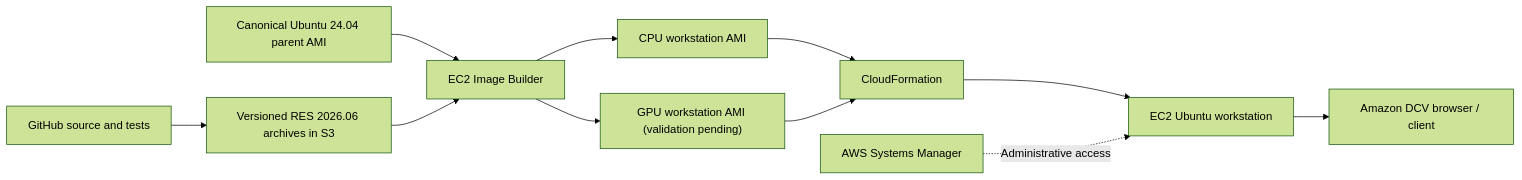
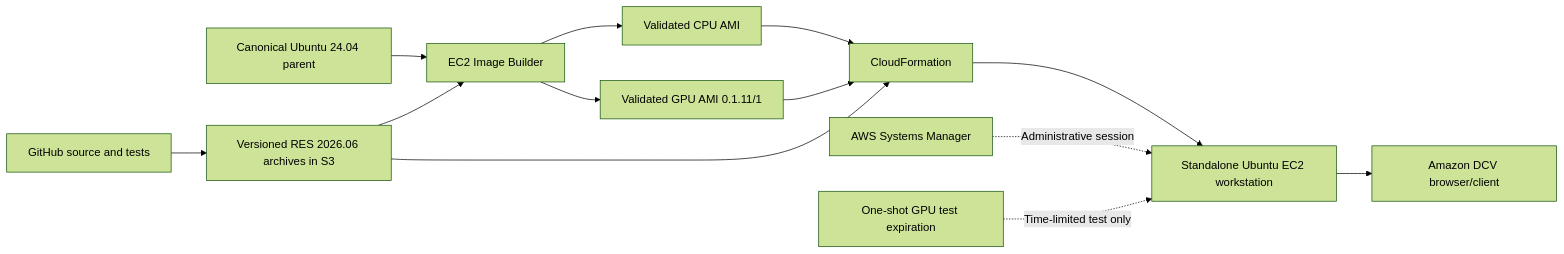
Before and after one commit to vision-kwest/studio-workstation: the diagram in docs/visual-architecture.md, drawn with Mermaid (forest theme). The commit also changed other lines of this file and 37 other files, not shown here.

````diff
--- a/docs/visual-architecture.md
+++ b/docs/visual-architecture.md
@@ -9,13 +9,15 @@
 ```mermaid
 flowchart LR
   Repo["GitHub source and tests"] --> Release["Versioned RES 2026.06 archives in S3"]
-  Ubuntu["Canonical Ubuntu 24.04 parent AMI"] --> Builder["EC2 Image Builder"]
+  Ubuntu["Canonical Ubuntu 24.04 parent"] --> Builder["EC2 Image Builder"]
   Release --> Builder
-  Builder --> CPU["CPU workstation AMI"]
-  Builder --> GPU["GPU workstation AMI (validation pending)"]
+  Builder --> CPU["Validated CPU AMI"]
+  Builder --> GPU["Validated GPU AMI 0.1.11/1"]
   CPU --> CFN["CloudFormation"]
   GPU --> CFN
-  CFN --> EC2["EC2 Ubuntu workstation"]
-  EC2 --> DCV["Amazon DCV browser / client"]
-  SSM["AWS Systems Manager"] -. "Administrative access" .-> EC2
+  Release --> CFN
+  CFN --> EC2["Standalone Ubuntu EC2 workstation"]
+  EC2 --> DCV["Amazon DCV browser/client"]
+  SSM["AWS Systems Manager"] -. "Administrative session" .-> EC2
+  Scheduler["One-shot GPU test expiration"] -. "Time-limited test only" .-> EC2
 ```
````
